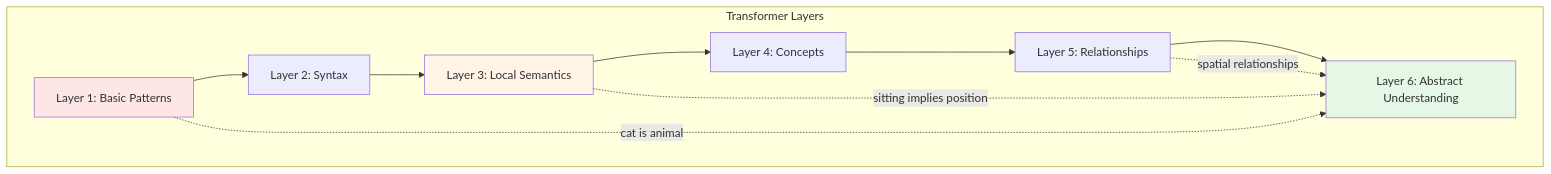
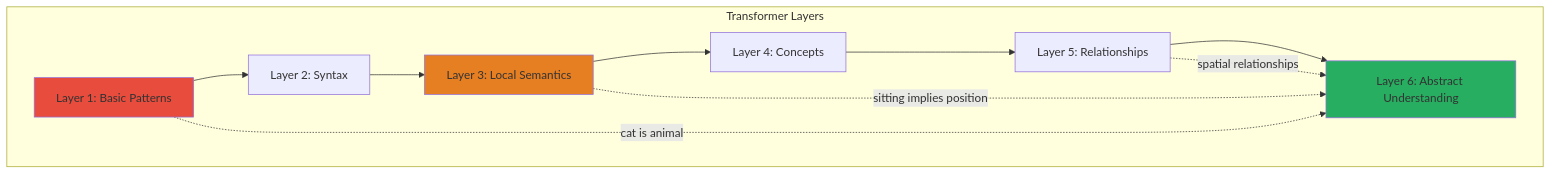
The eighth of 40 diagrams in 20251101-arxiv-2510-26745-analysis-and-implications.md (neonconsultingllc/AI-Research), drawn with Mermaid before and after one commit. The commit also changed other lines of this file, not shown here.

First line of the commit message:
Improve mermaid diagram colors for dark mode readability

````diff
--- a/20251101-arxiv-2510-26745-analysis-and-implications.md
+++ b/20251101-arxiv-2510-26745-analysis-and-implications.md
@@ -897,18 +897,18 @@
 ```mermaid
 graph TD
     subgraph Layers["Transformer Layers"]
         L1[Layer 1: Basic Patterns] --> L2[Layer 2: Syntax]
         L2 --> L3[Layer 3: Local Semantics]
         L3 --> L4[Layer 4: Concepts]
         L4 --> L5[Layer 5: Relationships]
         L5 --> L6[Layer 6: Abstract Understanding]
         
         L1 -.->|"cat is animal"| L6
         L3 -.->|"sitting implies position"| L6
         L5 -.->|"spatial relationships"| L6
         
-        style L1 fill:#FFE6E6
-        style L3 fill:#FFF4E6
-        style L6 fill:#E6F7E6
+        style L1 fill:#E74C3C
+        style L3 fill:#E67E22
+        style L6 fill:#27AE60
     end
 ```
````
